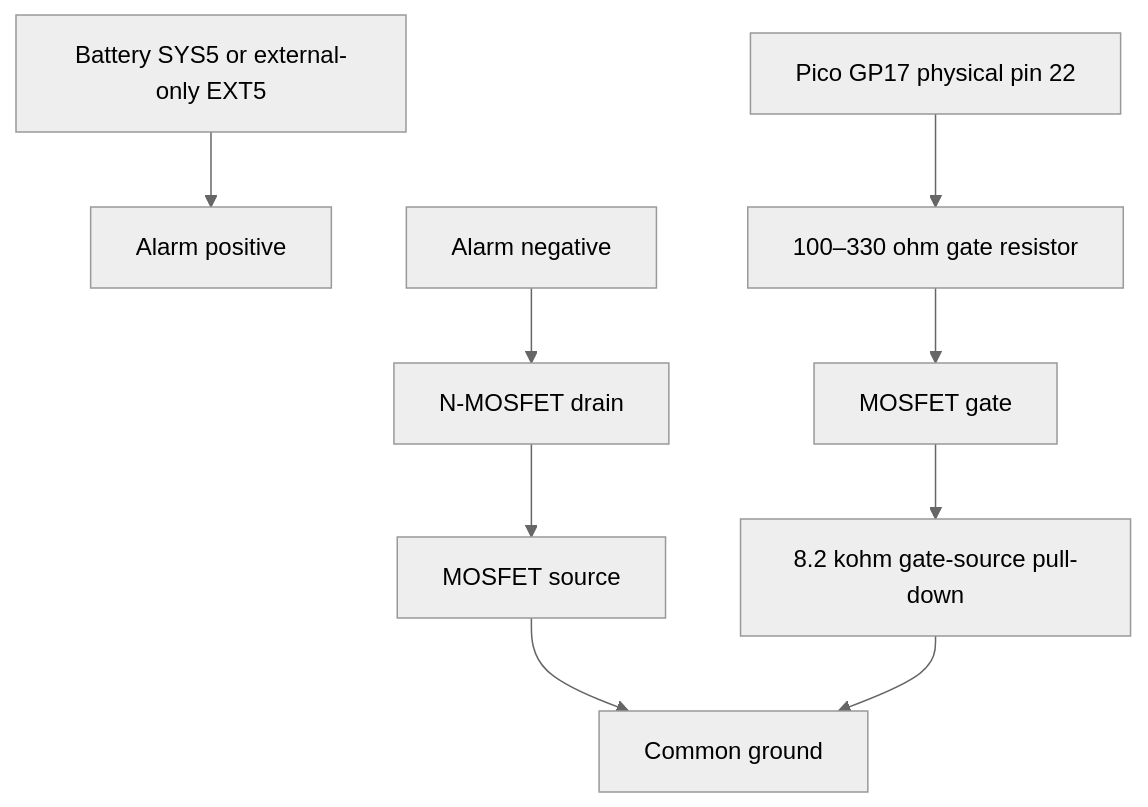
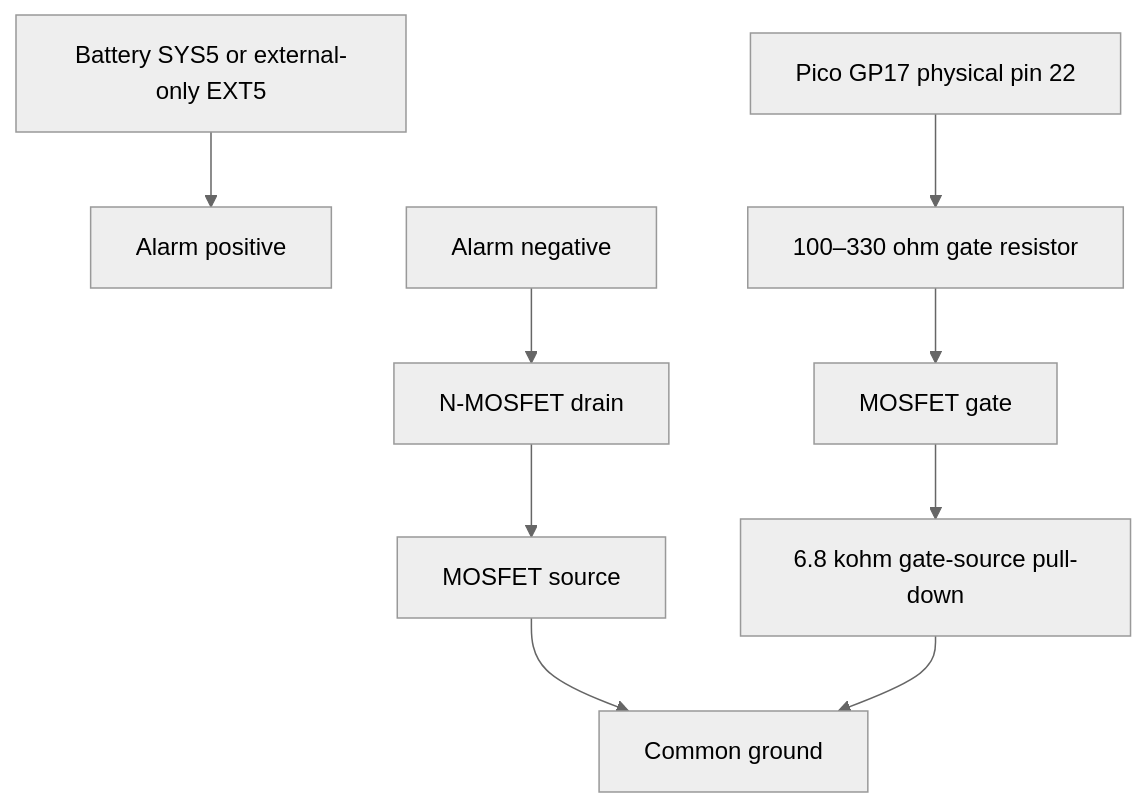
Before and after one commit to frye/moorpheus: the fourth of 5 diagrams in docs/pico_2_w_anchor_alarm_build_guide_v2.md, drawn with Mermaid (neutral theme). The commit also changed other lines of this file and 5 other files, not shown here.

````diff
--- a/docs/pico_2_w_anchor_alarm_build_guide_v2.md
+++ b/docs/pico_2_w_anchor_alarm_build_guide_v2.md
@@ -353,11 +353,11 @@
 ```mermaid
 flowchart TD
     SYS["Battery SYS5 or external-only EXT5"] --> AP["Alarm positive"]
     AN["Alarm negative"] --> D["N-MOSFET drain"]
     D --> S["MOSFET source"]
     S --> GND["Common ground"]
     GPIO["Pico GP17 physical pin 22"] --> R["100–330 ohm gate resistor"]
     R --> G["MOSFET gate"]
-    G --> PD["8.2 kohm gate-source pull-down"]
+    G --> PD["6.8 kohm gate-source pull-down"]
     PD --> GND
 ```
````
